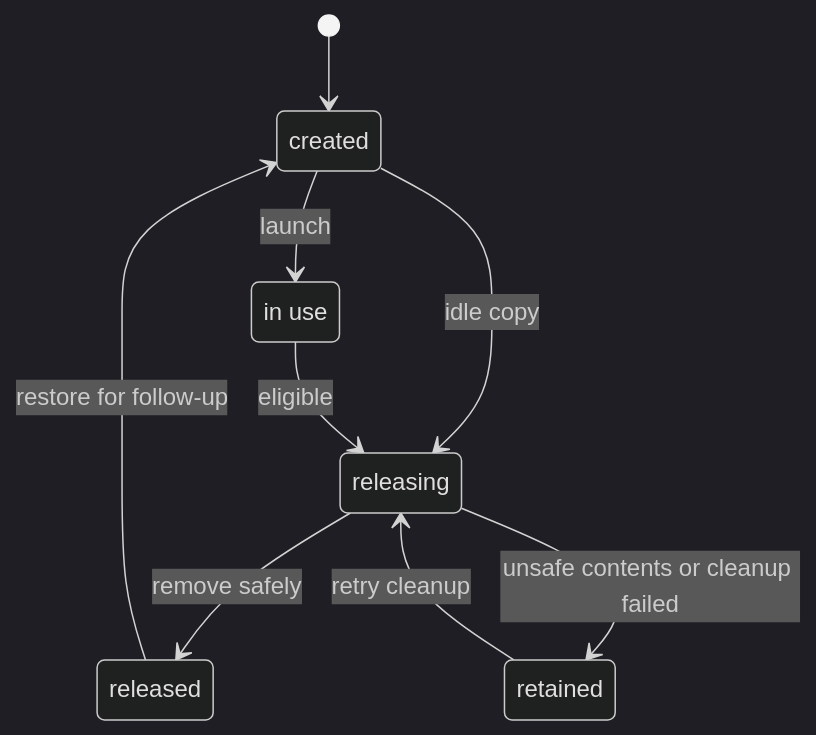
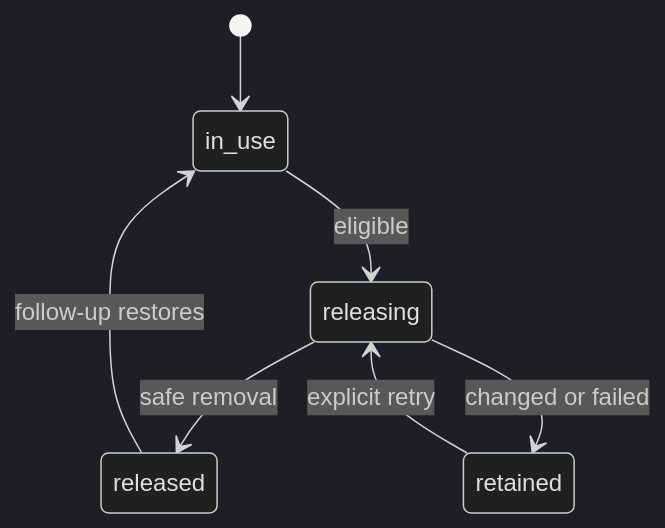
One commit to alexschlessinger/polly changed the third of 3 diagrams in docs/WORKFLOWS.md. Above: the diagram before and after it, drawn with Mermaid (dark theme). The commit also changed other lines of this file and 10 other files, not shown here.

````diff
--- a/docs/WORKFLOWS.md
+++ b/docs/WORKFLOWS.md
@@ -333,16 +258,9 @@
 ```mermaid
 stateDiagram-v2
-    state "created" as created
-    state "in use" as in_use
-    state "releasing" as releasing
-    state "released" as released
-    state "retained" as retained
-    [*] --> created
-    created --> in_use: launch
-    created --> releasing: idle copy
+    [*] --> in_use
     in_use --> releasing: eligible
-    releasing --> released: remove safely
-    releasing --> retained: unsafe contents or cleanup failed
-    retained --> releasing: retry cleanup
-    released --> created: restore for follow-up
+    releasing --> released: safe removal
+    releasing --> retained: changed or failed
+    retained --> releasing: explicit retry
+    released --> in_use: follow-up restores
 ```
````
